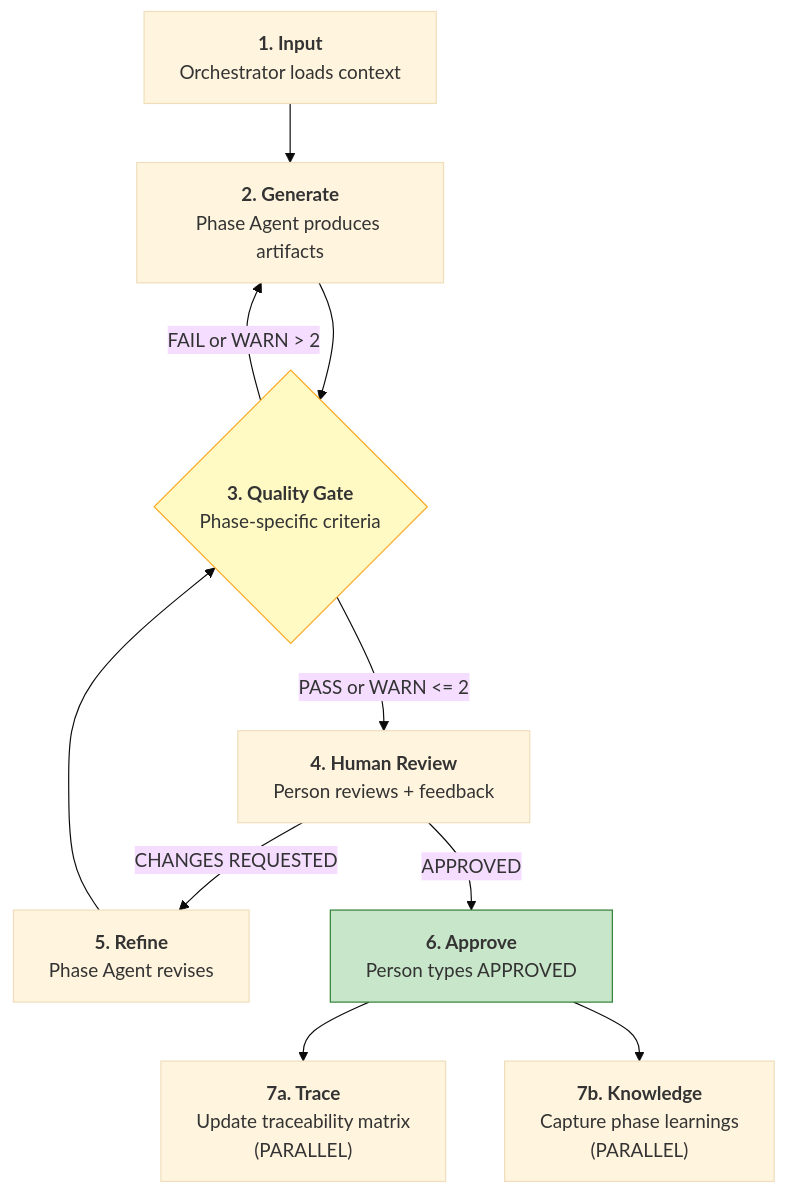
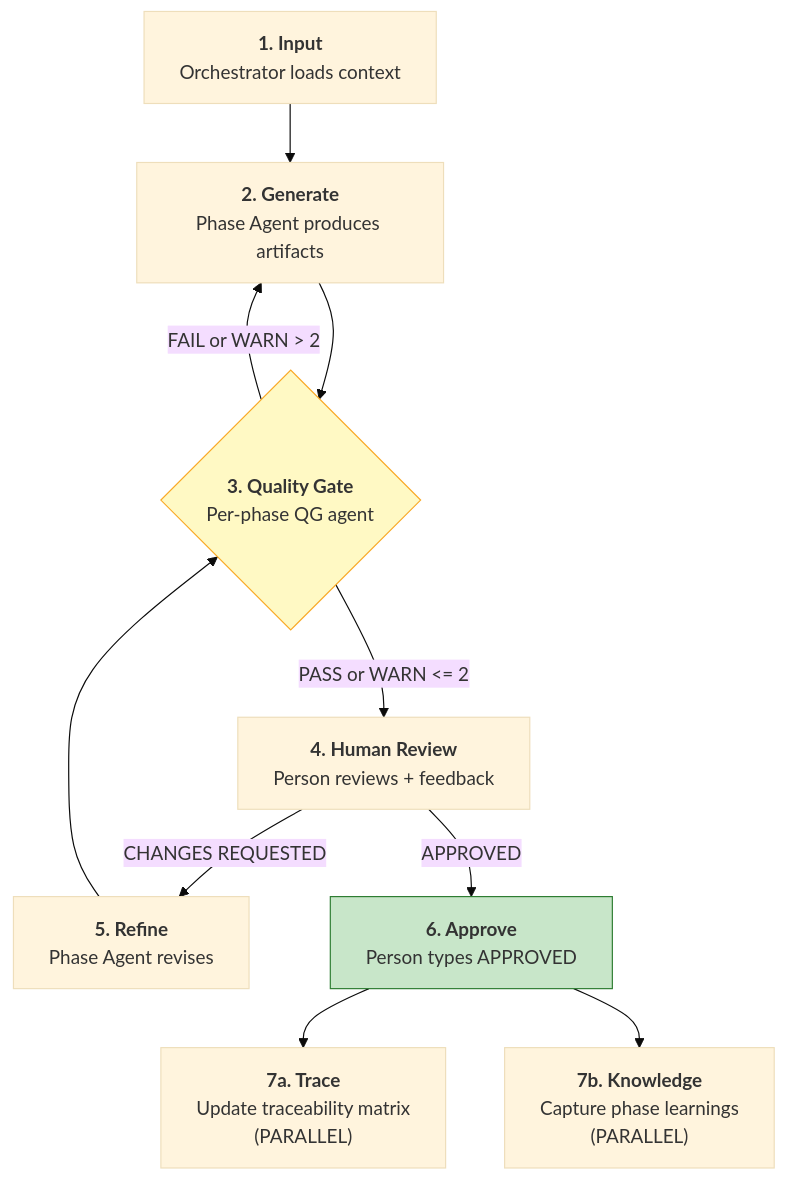
The second of 2 diagrams in plugins/vbounce/skills/vbounce/references/workflows-by-role.md (baodq97/open-plugin), drawn with Mermaid (base theme) before and after one commit. The commit also changed other lines of this file and 25 other files, not shown here.

First line of the commit message:
feat(vbounce): upgrade to v5.1 — unified TDD, per-phase QG agents, parallel impl

````diff
--- a/plugins/vbounce/skills/vbounce/references/workflows-by-role.md
+++ b/plugins/vbounce/skills/vbounce/references/workflows-by-role.md
@@ -48,24 +44,24 @@
 ```mermaid
 flowchart TD
     INPUT["<b>1. Input</b><br/>Orchestrator loads context"]
     GEN["<b>2. Generate</b><br/>Phase Agent produces artifacts"]
-    QG{"<b>3. Quality Gate</b><br/>Phase-specific criteria"}
+    QG{"<b>3. Quality Gate</b><br/>Per-phase QG agent"}
     REVIEW["<b>4. Human Review</b><br/>Person reviews + feedback"]
     REFINE["<b>5. Refine</b><br/>Phase Agent revises"]
     APPROVE["<b>6. Approve</b><br/>Person types APPROVED"]
     TRACE["<b>7a. Trace</b><br/>Update traceability matrix<br/>(PARALLEL)"]
     KCAP["<b>7b. Knowledge</b><br/>Capture phase learnings<br/>(PARALLEL)"]
 
     INPUT --> GEN
     GEN --> QG
     QG -->|"FAIL or WARN > 2"| GEN
     QG -->|"PASS or WARN <= 2"| REVIEW
     REVIEW -->|"CHANGES REQUESTED"| REFINE
     REFINE --> QG
     REVIEW -->|"APPROVED"| APPROVE
     APPROVE --> TRACE
     APPROVE --> KCAP
 
     style QG fill:#fff9c4,stroke:#f9a825
     style APPROVE fill:#c8e6c9,stroke:#2e7d32
 ```
````
